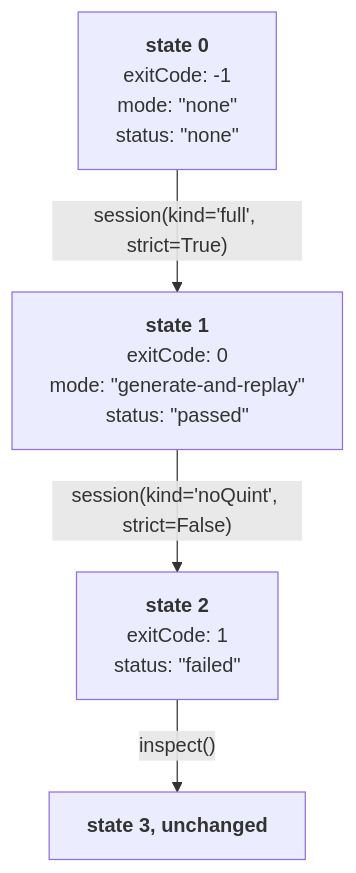
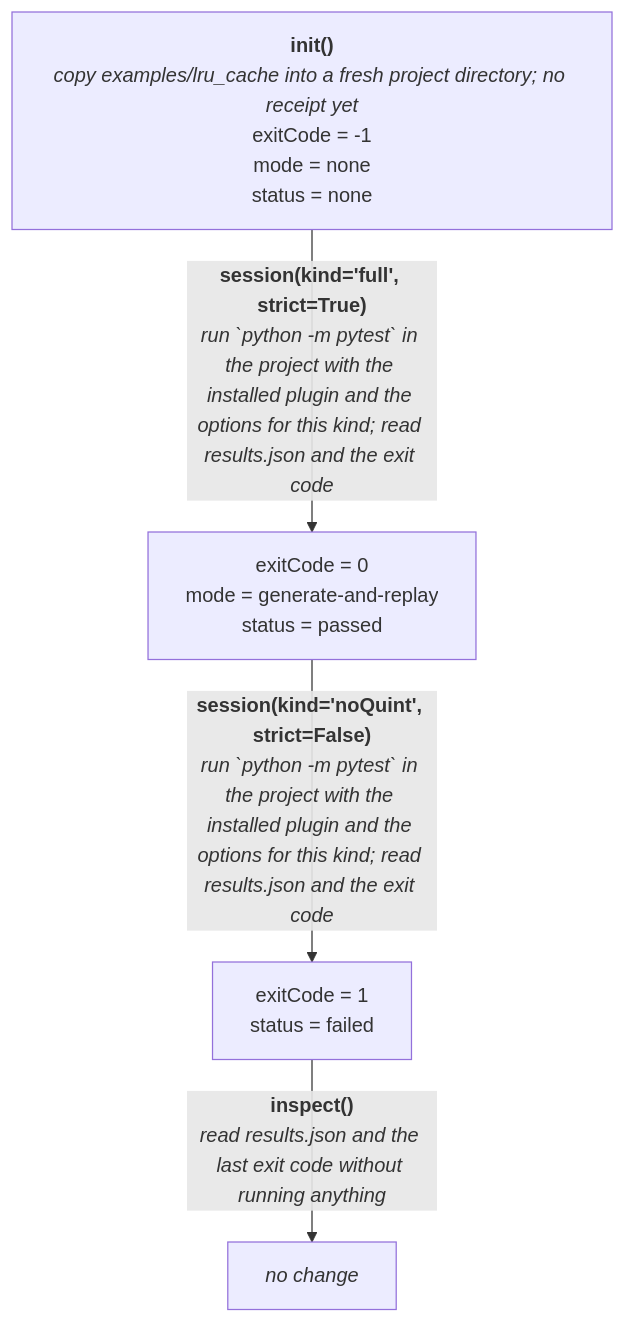
The second of 2 diagrams in README.md (gigaverse-app/pytest-quint-connect), drawn with Mermaid before and after one commit. The commit also changed other lines of this file and 3 other files, not shown here.

````diff
--- a/README.md
+++ b/README.md
@@ -324,11 +324,11 @@
 ```mermaid
 %%{init: {"flowchart": {"wrappingWidth": 420}}}%%
 flowchart TD
-  s0["<b>state 0</b><br>exitCode: -1<br>mode: #34;none#34;<br>status: #34;none#34;"]
-  s1["<b>state 1</b><br>exitCode: 0<br>mode: #34;generate-and-replay#34;<br>status: #34;passed#34;"]
-  s0 -->|"session(kind='full', strict=True)"| s1
-  s2["<b>state 2</b><br>exitCode: 1<br>status: #34;failed#34;"]
-  s1 -->|"session(kind='noQuint', strict=False)"| s2
-  s3["<b>state 3, unchanged</b>"]
-  s2 -->|"inspect()"| s3
+  s0["<b>init()</b><br><i>copy examples#47;lru_cache into a fresh project directory#59; no receipt yet</i><br>exitCode = -1<br>mode = none<br>status = none"]
+  s1["exitCode = 0<br>mode = generate-and-replay<br>status = passed"]
+  s0 -->|"<b>session(kind='full', strict=True)</b><br><i>run #96;python -m pytest#96; in the project with the installed plugin and the options for this kind#59; read results.json and the exit code</i>"| s1
+  s2["exitCode = 1<br>status = failed"]
+  s1 -->|"<b>session(kind='noQuint', strict=False)</b><br><i>run #96;python -m pytest#96; in the project with the installed plugin and the options for this kind#59; read results.json and the exit code</i>"| s2
+  s3["<i>no change</i>"]
+  s2 -->|"<b>inspect()</b><br><i>read results.json and the last exit code without running anything</i>"| s3
 ```
````
